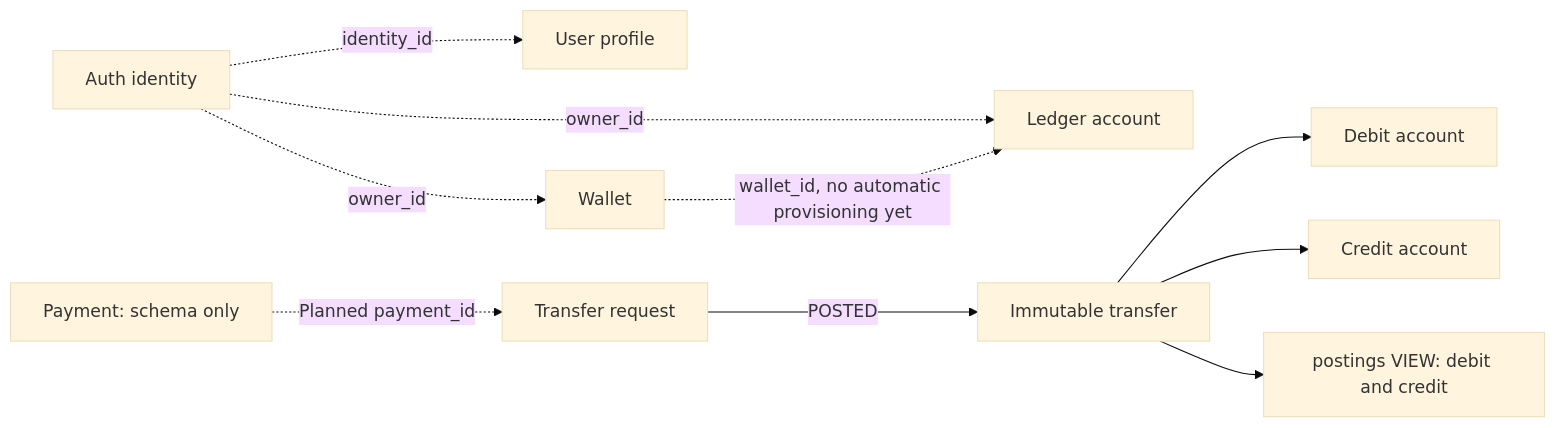
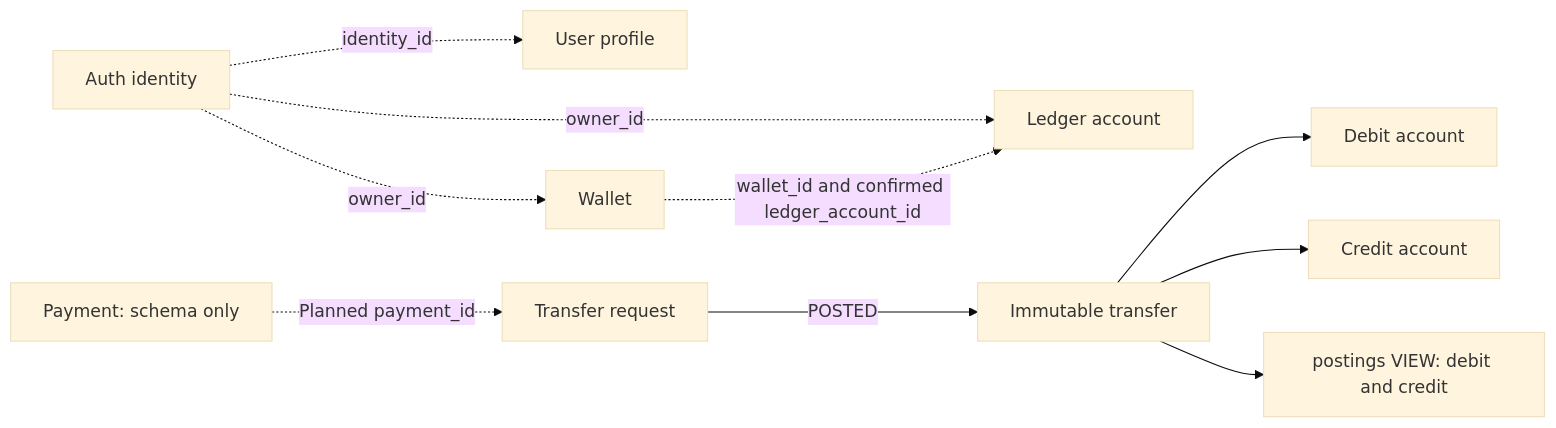
The fifth of 12 diagrams in ARCHITECTURE.md (aarbabaev/ArMoney), drawn with Mermaid (base theme) before and after one commit. The commit also changed other lines of this file and 32 other files, not shown here.

Commit message:
Provision ledger accounts from durable wallet claims

````diff
--- a/ARCHITECTURE.md
+++ b/ARCHITECTURE.md
@@ -171,12 +172,12 @@
 ```mermaid
 flowchart LR
     ID["Auth identity"] -. "identity_id" .-> PROFILE["User profile"]
     ID -. "owner_id" .-> W["Wallet"]
     ID -. "owner_id" .-> A["Ledger account"]
-    W -. "wallet_id, no automatic provisioning yet" .-> A
+    W -. "wallet_id and confirmed ledger_account_id" .-> A
     P["Payment: schema only"] -. "Planned payment_id" .-> R["Transfer request"]
     R -->|"POSTED"| T["Immutable transfer"]
     T --> D["Debit account"]
     T --> C["Credit account"]
     T --> V["postings VIEW: debit and credit"]
 ```
````
